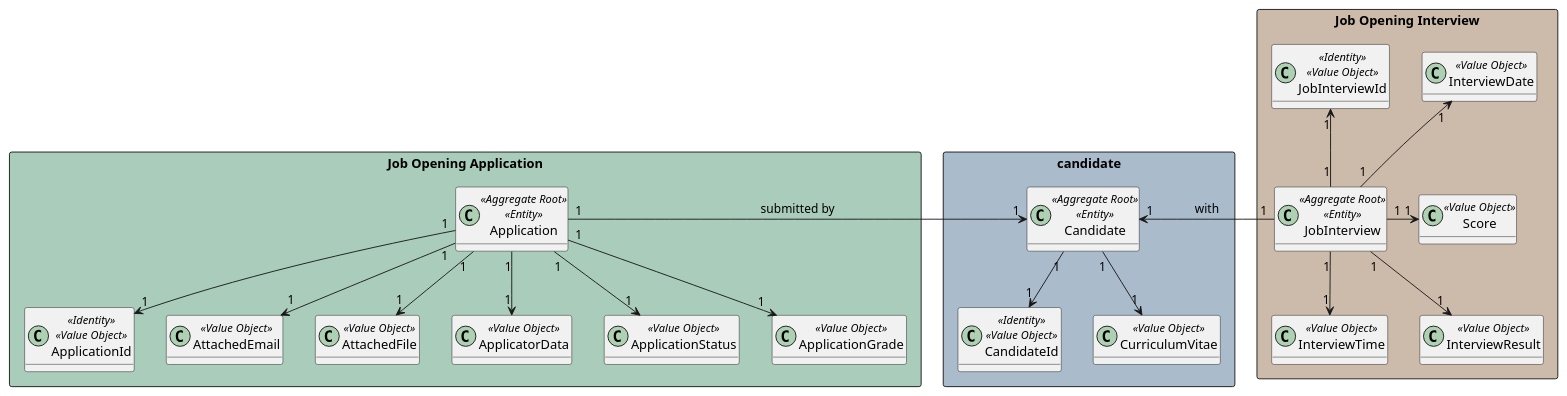
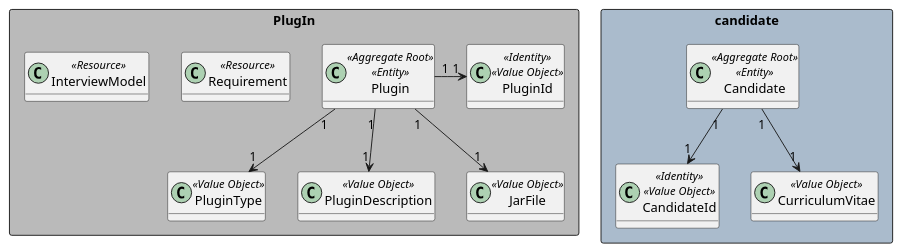
The diagram in docs/sprintC/1016/puml/1016-domain-model.puml (marcoferreira37/Lapr4), drawn with PlantUML before and after one commit. The commit also changed 1 other file, not shown here.

Commit message:
#41 update domain model and add svg file

```diff
--- a/docs/sprintC/1016/puml/1016-domain-model.puml
+++ b/docs/sprintC/1016/puml/1016-domain-model.puml
@@ -1,62 +1,48 @@
 @startuml
 'https://plantuml.com/class-diagram
 
 hide methods
 
 
-rectangle "Job Opening Application" #aaccbb {
-    class Application<<Aggregate Root>><<Entity>>{}
-    class ApplicationId<<Identity>><<Value Object>>{}
-    class AttachedEmail<<Value Object>>{}
-    class AttachedFile<<Value Object>>{}
-    class ApplicatorData<<Value Object>>{}
-    class ApplicationStatus<<Value Object>>{}
-    class ApplicationGrade<<Value Object>>{}
-}
+
 
 
 rectangle candidate #aabbcc{
     class Candidate<<Aggregate Root>><<Entity>>{}
     class CandidateId<<Identity>><<Value Object>>{}
     class CurriculumVitae<<Value Object>>{}
 }
 
 
 
 
+rectangle "PlugIn" #bababa {
+    class Plugin <<Aggregate Root>><<Entity>>{}
+    class PluginType<<Value Object>>{}
+    class PluginId<<Identity>><<Value Object>>{}
+    class PluginDescription<<Value Object>>{}
+    class JarFile<<Value Object>>{}
+    class Requirement<<Resource>>{}
+    class InterviewModel<<Resource>>{}
+}
 
-  rectangle "Job Opening Interview" #ccbbaa {
-      class JobInterview <<Aggregate Root>><<Entity>>{}
-      class JobInterviewId<<Identity>><<Value Object>>{}
-      class InterviewDate<<Value Object>>{}
-      class InterviewTime<<Value Object>>{}
-      class Score<<Value Object>>{}
-      class InterviewResult<<Value Object>>{}
-  }
+Plugin "1" --> "1" PluginType
+Plugin "1" -right-> "1" PluginId
+Plugin "1" --> "1" PluginDescription
+Plugin "1" --> "1" JarFile
+
+
 
 
 
 
 
 Candidate "1"--> "1" CandidateId
 Candidate "1"--> "1" CurriculumVitae
 
 
-Application "1" --> "1" ApplicationId
-Application "1" --> "1" AttachedEmail
-Application "1" --> "1" AttachedFile
-Application "1" --> "1" ApplicatorData
-Application "1" -> "1" Candidate : submitted by
-Application "1" --> "1" ApplicationStatus
-Application "1" --> "1" ApplicationGrade
 
-JobInterview "1" -up-> "1" JobInterviewId
-JobInterview "1" -up-> "1" InterviewDate
-JobInterview "1" --> "1" InterviewTime
-JobInterview "1" -> "1" Score
-JobInterview "1" --> "1" InterviewResult
 
-JobInterview "1" -> "1" Candidate : with
 
 
 @enduml
```
